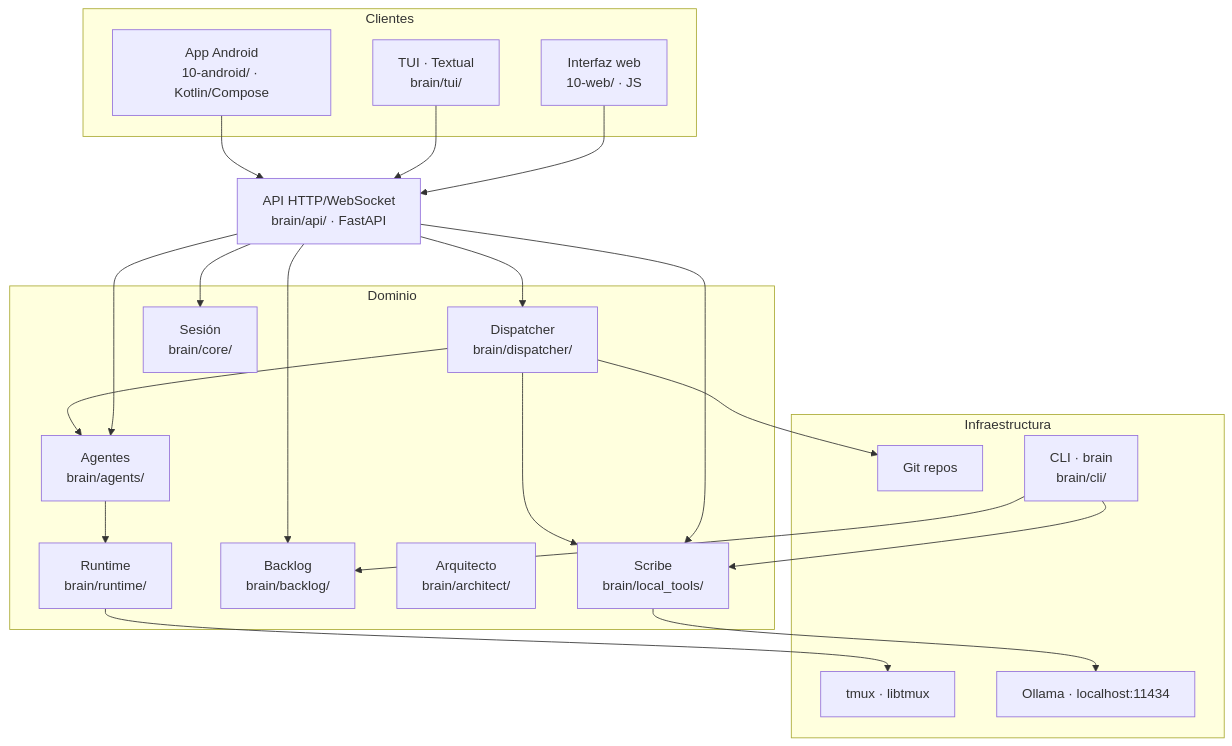
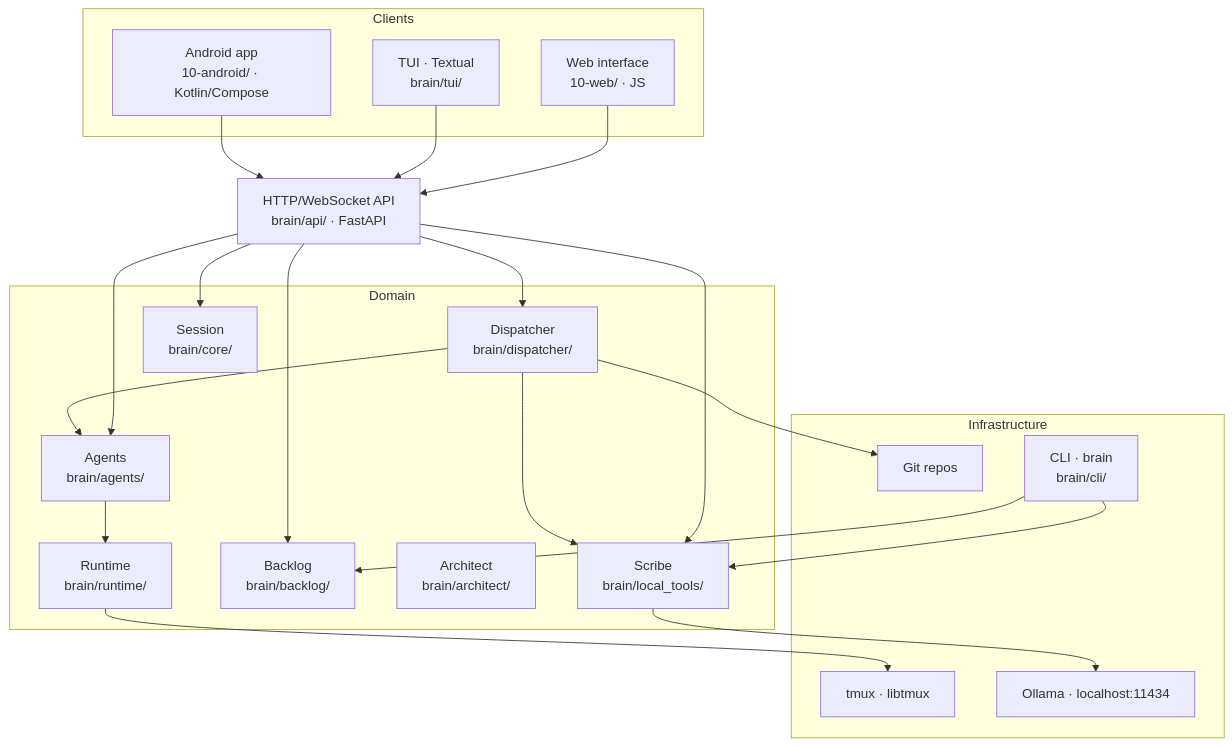
Before and after one commit to Yokosillo/atlas-forge: the diagram in docs/architecture.md, drawn with Mermaid. The commit also changed other lines of this file and 19 other files, not shown here.

````diff
--- a/docs/architecture.md
+++ b/docs/architecture.md
@@ -13,44 +13,44 @@
 ```mermaid
 graph TD
-    subgraph Clientes
-        WEB[Interfaz web<br/>10-web/ · JS]
+    subgraph Clients
+        WEB[Web interface<br/>10-web/ · JS]
         TUI[TUI · Textual<br/>brain/tui/]
-        AND[App Android<br/>10-android/ · Kotlin/Compose]
+        AND[Android app<br/>10-android/ · Kotlin/Compose]
     end
 
-    API[API HTTP/WebSocket<br/>brain/api/ · FastAPI]
+    API[HTTP/WebSocket API<br/>brain/api/ · FastAPI]
 
-    subgraph Dominio
+    subgraph Domain
         DISP[Dispatcher<br/>brain/dispatcher/]
-        AGENTS[Agentes<br/>brain/agents/]
-        CORE[Sesión<br/>brain/core/]
+        AGENTS[Agents<br/>brain/agents/]
+        CORE[Session<br/>brain/core/]
         RUNTIME[Runtime<br/>brain/runtime/]
         BACKLOG[Backlog<br/>brain/backlog/]
-        ARCH[Arquitecto<br/>brain/architect/]
+        ARCH[Architect<br/>brain/architect/]
         SCRIBE[Scribe<br/>brain/local_tools/]
     end
 
-    subgraph Infraestructura
+    subgraph Infrastructure
         TMUX[tmux · libtmux]
         OLLAMA[Ollama · localhost:11434]
         GIT[Git repos]
         CLIS[CLI · brain<br/>brain/cli/]
     end
 
     WEB --> API
     TUI --> API
     AND --> API
     API --> DISP
     API --> AGENTS
     API --> CORE
     API --> BACKLOG
     API --> SCRIBE
     DISP --> AGENTS
     DISP --> SCRIBE
     AGENTS --> RUNTIME
     RUNTIME --> TMUX
     SCRIBE --> OLLAMA
     DISP --> GIT
     CLIS --> BACKLOG
     CLIS --> SCRIBE
 ```
````
